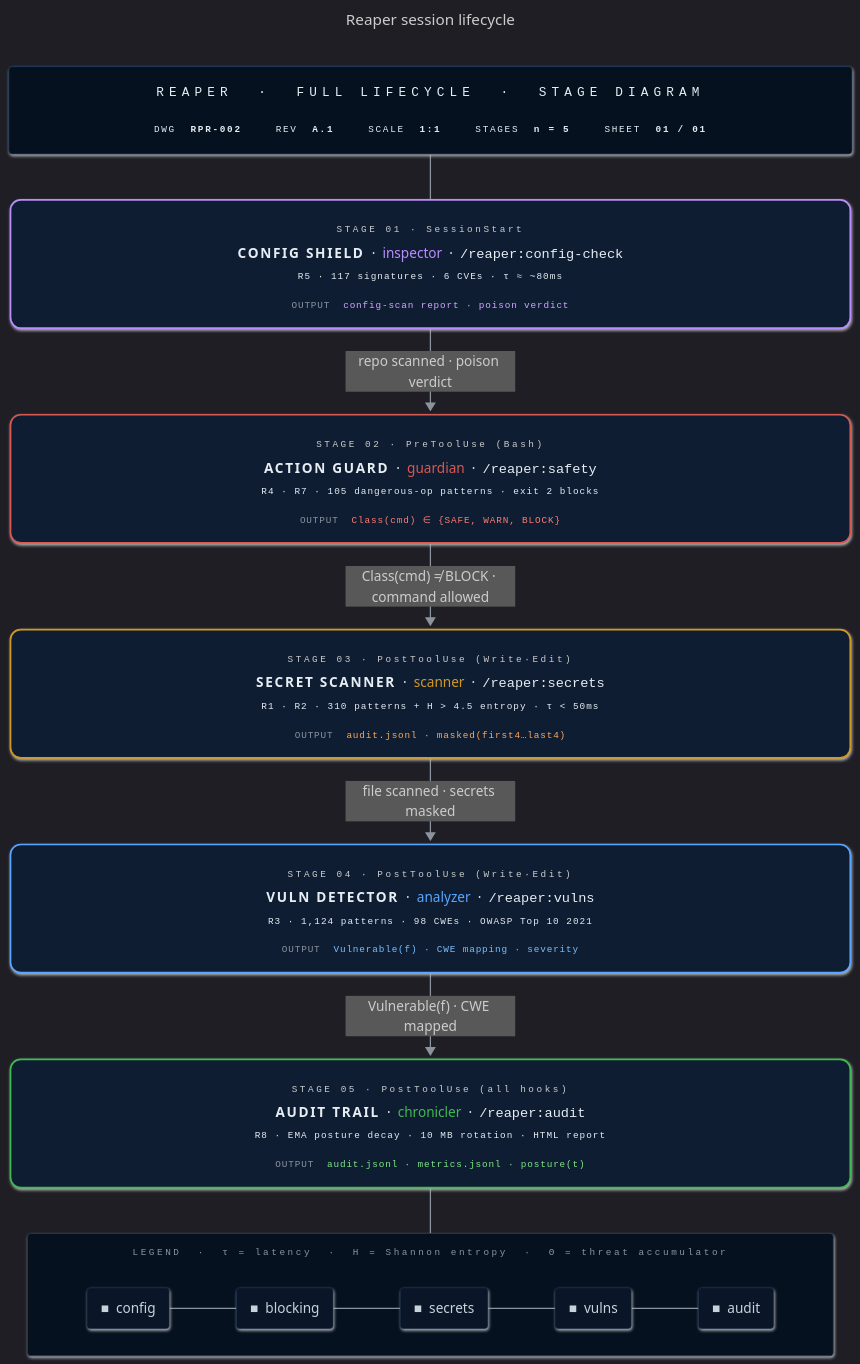
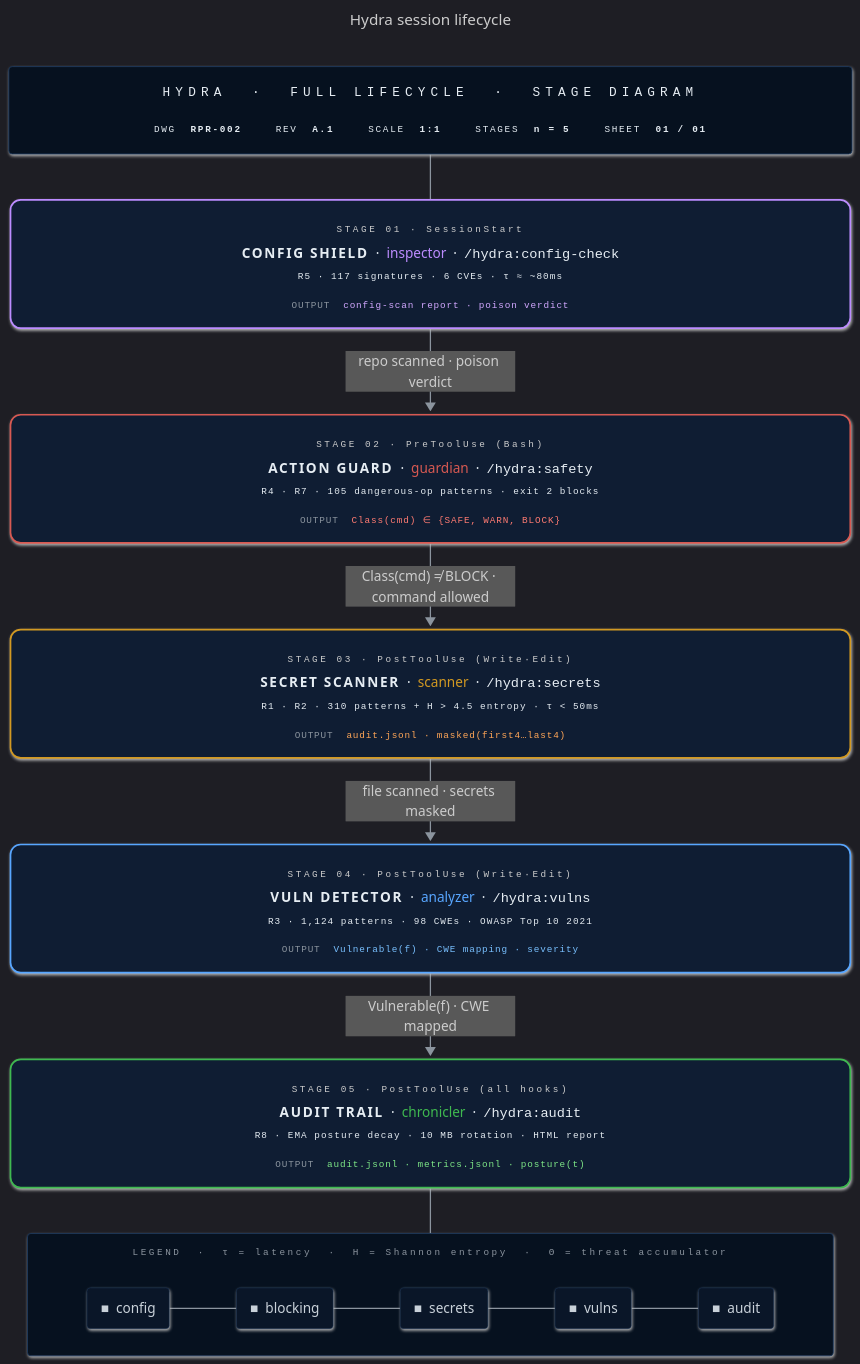
One commit to enchanter-ai/hydra changed the diagram in docs/assets/lifecycle.mmd. Above: the diagram before and after it, drawn with Mermaid. The commit also changed 110 other files, not shown here.

First line of the commit message:
rename: Reaper → Hydra, standardize origin format

```diff
--- a/docs/assets/lifecycle.mmd
+++ b/docs/assets/lifecycle.mmd
@@ -1,55 +1,55 @@
 ---
-title: Reaper session lifecycle
+title: Hydra session lifecycle
 config:
   look: neo
   theme: dark
   flowchart:
     curve: basis
     padding: 18
     nodeSpacing: 44
     rankSpacing: 54
     htmlLabels: true
     subGraphTitleMargin:
       top: 14
       bottom: 18
 ---
 flowchart TB
-    TitleBlock["<div style='font-family:ui-monospace,SFMono-Regular,Consolas,monospace;text-align:center;min-width:940px;padding:6px 10px;line-height:1.8'><div style='color:#58a6ff;font-size:15px;letter-spacing:6px;border-bottom:1px solid #1e3a5f;padding-bottom:10px;margin-bottom:10px'>REAPER &nbsp;·&nbsp; FULL&nbsp;LIFECYCLE &nbsp;·&nbsp; STAGE&nbsp;DIAGRAM</div><div style='display:flex;gap:40px;justify-content:center;font-size:11px;color:#8b949e;letter-spacing:2px'><span>DWG&nbsp;&nbsp;<b style='color:#e6edf3'>RPR-002</b></span><span>REV&nbsp;&nbsp;<b style='color:#e6edf3'>A.1</b></span><span>SCALE&nbsp;&nbsp;<b style='color:#e6edf3'>1:1</b></span><span>STAGES&nbsp;&nbsp;<b style='color:#e6edf3'>n&nbsp;=&nbsp;5</b></span><span>SHEET&nbsp;&nbsp;<b style='color:#e6edf3'>01&nbsp;/&nbsp;01</b></span></div></div>"]
+    TitleBlock["<div style='font-family:ui-monospace,SFMono-Regular,Consolas,monospace;text-align:center;min-width:940px;padding:6px 10px;line-height:1.8'><div style='color:#58a6ff;font-size:15px;letter-spacing:6px;border-bottom:1px solid #1e3a5f;padding-bottom:10px;margin-bottom:10px'>HYDRA &nbsp;·&nbsp; FULL&nbsp;LIFECYCLE &nbsp;·&nbsp; STAGE&nbsp;DIAGRAM</div><div style='display:flex;gap:40px;justify-content:center;font-size:11px;color:#8b949e;letter-spacing:2px'><span>DWG&nbsp;&nbsp;<b style='color:#e6edf3'>RPR-002</b></span><span>REV&nbsp;&nbsp;<b style='color:#e6edf3'>A.1</b></span><span>SCALE&nbsp;&nbsp;<b style='color:#e6edf3'>1:1</b></span><span>STAGES&nbsp;&nbsp;<b style='color:#e6edf3'>n&nbsp;=&nbsp;5</b></span><span>SHEET&nbsp;&nbsp;<b style='color:#e6edf3'>01&nbsp;/&nbsp;01</b></span></div></div>"]
 
-    A["<div style='text-align:center;min-width:940px;line-height:2;padding:4px 8px'><div><span style='font-family:ui-monospace,monospace;color:#8b949e;font-size:11px;letter-spacing:3px'>STAGE&nbsp;01&nbsp;·&nbsp;SessionStart</span></div><div style='line-height:1.8'><b style='letter-spacing:2px'>CONFIG&nbsp;SHIELD</b>&nbsp;&nbsp;·&nbsp;&nbsp;<span style='color:#bc8cff'>inspector</span>&nbsp;&nbsp;·&nbsp;&nbsp;<code style='color:#e6edf3'>/reaper:config-check</code></div><div style='color:#6e7681;font-size:11px;font-family:ui-monospace,monospace;letter-spacing:1.2px'>R5&nbsp;·&nbsp;117&nbsp;signatures&nbsp;·&nbsp;6&nbsp;CVEs&nbsp;·&nbsp;τ&nbsp;≈&nbsp;~80ms</div><div style='border-top:1px solid #1e3a5f;margin-top:6px;padding-top:6px;font-family:ui-monospace,monospace;font-size:11px;letter-spacing:1px'><span style='color:#8b949e'>OUTPUT</span>&nbsp;&nbsp;<span style='color:#d2a8ff'>config-scan report · poison verdict</span></div></div>"]
+    A["<div style='text-align:center;min-width:940px;line-height:2;padding:4px 8px'><div><span style='font-family:ui-monospace,monospace;color:#8b949e;font-size:11px;letter-spacing:3px'>STAGE&nbsp;01&nbsp;·&nbsp;SessionStart</span></div><div style='line-height:1.8'><b style='letter-spacing:2px'>CONFIG&nbsp;SHIELD</b>&nbsp;&nbsp;·&nbsp;&nbsp;<span style='color:#bc8cff'>inspector</span>&nbsp;&nbsp;·&nbsp;&nbsp;<code style='color:#e6edf3'>/hydra:config-check</code></div><div style='color:#6e7681;font-size:11px;font-family:ui-monospace,monospace;letter-spacing:1.2px'>R5&nbsp;·&nbsp;117&nbsp;signatures&nbsp;·&nbsp;6&nbsp;CVEs&nbsp;·&nbsp;τ&nbsp;≈&nbsp;~80ms</div><div style='border-top:1px solid #1e3a5f;margin-top:6px;padding-top:6px;font-family:ui-monospace,monospace;font-size:11px;letter-spacing:1px'><span style='color:#8b949e'>OUTPUT</span>&nbsp;&nbsp;<span style='color:#d2a8ff'>config-scan report · poison verdict</span></div></div>"]
 
-    B["<div style='text-align:center;min-width:940px;line-height:2;padding:4px 8px'><div><span style='font-family:ui-monospace,monospace;color:#8b949e;font-size:11px;letter-spacing:3px'>STAGE&nbsp;02&nbsp;·&nbsp;PreToolUse&nbsp;(Bash)</span></div><div style='line-height:1.8'><b style='letter-spacing:2px'>ACTION&nbsp;GUARD</b>&nbsp;&nbsp;·&nbsp;&nbsp;<span style='color:#d75952'>guardian</span>&nbsp;&nbsp;·&nbsp;&nbsp;<code style='color:#e6edf3'>/reaper:safety</code></div><div style='color:#6e7681;font-size:11px;font-family:ui-monospace,monospace;letter-spacing:1.2px'>R4 · R7&nbsp;·&nbsp;105&nbsp;dangerous-op&nbsp;patterns&nbsp;·&nbsp;exit&nbsp;2&nbsp;blocks</div><div style='border-top:1px solid #1e3a5f;margin-top:6px;padding-top:6px;font-family:ui-monospace,monospace;font-size:11px;letter-spacing:1px'><span style='color:#8b949e'>OUTPUT</span>&nbsp;&nbsp;<span style='color:#ff7b72'>Class(cmd) ∈ {SAFE, WARN, BLOCK}</span></div></div>"]
+    B["<div style='text-align:center;min-width:940px;line-height:2;padding:4px 8px'><div><span style='font-family:ui-monospace,monospace;color:#8b949e;font-size:11px;letter-spacing:3px'>STAGE&nbsp;02&nbsp;·&nbsp;PreToolUse&nbsp;(Bash)</span></div><div style='line-height:1.8'><b style='letter-spacing:2px'>ACTION&nbsp;GUARD</b>&nbsp;&nbsp;·&nbsp;&nbsp;<span style='color:#d75952'>guardian</span>&nbsp;&nbsp;·&nbsp;&nbsp;<code style='color:#e6edf3'>/hydra:safety</code></div><div style='color:#6e7681;font-size:11px;font-family:ui-monospace,monospace;letter-spacing:1.2px'>R4 · R7&nbsp;·&nbsp;105&nbsp;dangerous-op&nbsp;patterns&nbsp;·&nbsp;exit&nbsp;2&nbsp;blocks</div><div style='border-top:1px solid #1e3a5f;margin-top:6px;padding-top:6px;font-family:ui-monospace,monospace;font-size:11px;letter-spacing:1px'><span style='color:#8b949e'>OUTPUT</span>&nbsp;&nbsp;<span style='color:#ff7b72'>Class(cmd) ∈ {SAFE, WARN, BLOCK}</span></div></div>"]
 
-    C["<div style='text-align:center;min-width:940px;line-height:2;padding:4px 8px'><div><span style='font-family:ui-monospace,monospace;color:#8b949e;font-size:11px;letter-spacing:3px'>STAGE&nbsp;03&nbsp;·&nbsp;PostToolUse&nbsp;(Write·Edit)</span></div><div style='line-height:1.8'><b style='letter-spacing:2px'>SECRET&nbsp;SCANNER</b>&nbsp;&nbsp;·&nbsp;&nbsp;<span style='color:#d29922'>scanner</span>&nbsp;&nbsp;·&nbsp;&nbsp;<code style='color:#e6edf3'>/reaper:secrets</code></div><div style='color:#6e7681;font-size:11px;font-family:ui-monospace,monospace;letter-spacing:1.2px'>R1 · R2&nbsp;·&nbsp;310&nbsp;patterns&nbsp;+&nbsp;H&nbsp;&gt;&nbsp;4.5&nbsp;entropy&nbsp;·&nbsp;τ&nbsp;&lt;&nbsp;50ms</div><div style='border-top:1px solid #1e3a5f;margin-top:6px;padding-top:6px;font-family:ui-monospace,monospace;font-size:11px;letter-spacing:1px'><span style='color:#8b949e'>OUTPUT</span>&nbsp;&nbsp;<span style='color:#ffa657'>audit.jsonl · masked(first4…last4)</span></div></div>"]
+    C["<div style='text-align:center;min-width:940px;line-height:2;padding:4px 8px'><div><span style='font-family:ui-monospace,monospace;color:#8b949e;font-size:11px;letter-spacing:3px'>STAGE&nbsp;03&nbsp;·&nbsp;PostToolUse&nbsp;(Write·Edit)</span></div><div style='line-height:1.8'><b style='letter-spacing:2px'>SECRET&nbsp;SCANNER</b>&nbsp;&nbsp;·&nbsp;&nbsp;<span style='color:#d29922'>scanner</span>&nbsp;&nbsp;·&nbsp;&nbsp;<code style='color:#e6edf3'>/hydra:secrets</code></div><div style='color:#6e7681;font-size:11px;font-family:ui-monospace,monospace;letter-spacing:1.2px'>R1 · R2&nbsp;·&nbsp;310&nbsp;patterns&nbsp;+&nbsp;H&nbsp;&gt;&nbsp;4.5&nbsp;entropy&nbsp;·&nbsp;τ&nbsp;&lt;&nbsp;50ms</div><div style='border-top:1px solid #1e3a5f;margin-top:6px;padding-top:6px;font-family:ui-monospace,monospace;font-size:11px;letter-spacing:1px'><span style='color:#8b949e'>OUTPUT</span>&nbsp;&nbsp;<span style='color:#ffa657'>audit.jsonl · masked(first4…last4)</span></div></div>"]
 
-    D["<div style='text-align:center;min-width:940px;line-height:2;padding:4px 8px'><div><span style='font-family:ui-monospace,monospace;color:#8b949e;font-size:11px;letter-spacing:3px'>STAGE&nbsp;04&nbsp;·&nbsp;PostToolUse&nbsp;(Write·Edit)</span></div><div style='line-height:1.8'><b style='letter-spacing:2px'>VULN&nbsp;DETECTOR</b>&nbsp;&nbsp;·&nbsp;&nbsp;<span style='color:#58a6ff'>analyzer</span>&nbsp;&nbsp;·&nbsp;&nbsp;<code style='color:#e6edf3'>/reaper:vulns</code></div><div style='color:#6e7681;font-size:11px;font-family:ui-monospace,monospace;letter-spacing:1.2px'>R3&nbsp;·&nbsp;1,124&nbsp;patterns&nbsp;·&nbsp;98&nbsp;CWEs&nbsp;·&nbsp;OWASP&nbsp;Top&nbsp;10&nbsp;2021</div><div style='border-top:1px solid #1e3a5f;margin-top:6px;padding-top:6px;font-family:ui-monospace,monospace;font-size:11px;letter-spacing:1px'><span style='color:#8b949e'>OUTPUT</span>&nbsp;&nbsp;<span style='color:#79c0ff'>Vulnerable(f) · CWE mapping · severity</span></div></div>"]
+    D["<div style='text-align:center;min-width:940px;line-height:2;padding:4px 8px'><div><span style='font-family:ui-monospace,monospace;color:#8b949e;font-size:11px;letter-spacing:3px'>STAGE&nbsp;04&nbsp;·&nbsp;PostToolUse&nbsp;(Write·Edit)</span></div><div style='line-height:1.8'><b style='letter-spacing:2px'>VULN&nbsp;DETECTOR</b>&nbsp;&nbsp;·&nbsp;&nbsp;<span style='color:#58a6ff'>analyzer</span>&nbsp;&nbsp;·&nbsp;&nbsp;<code style='color:#e6edf3'>/hydra:vulns</code></div><div style='color:#6e7681;font-size:11px;font-family:ui-monospace,monospace;letter-spacing:1.2px'>R3&nbsp;·&nbsp;1,124&nbsp;patterns&nbsp;·&nbsp;98&nbsp;CWEs&nbsp;·&nbsp;OWASP&nbsp;Top&nbsp;10&nbsp;2021</div><div style='border-top:1px solid #1e3a5f;margin-top:6px;padding-top:6px;font-family:ui-monospace,monospace;font-size:11px;letter-spacing:1px'><span style='color:#8b949e'>OUTPUT</span>&nbsp;&nbsp;<span style='color:#79c0ff'>Vulnerable(f) · CWE mapping · severity</span></div></div>"]
 
-    E["<div style='text-align:center;min-width:940px;line-height:2;padding:4px 8px'><div><span style='font-family:ui-monospace,monospace;color:#8b949e;font-size:11px;letter-spacing:3px'>STAGE&nbsp;05&nbsp;·&nbsp;PostToolUse&nbsp;(all&nbsp;hooks)</span></div><div style='line-height:1.8'><b style='letter-spacing:2px'>AUDIT&nbsp;TRAIL</b>&nbsp;&nbsp;·&nbsp;&nbsp;<span style='color:#3fb950'>chronicler</span>&nbsp;&nbsp;·&nbsp;&nbsp;<code style='color:#e6edf3'>/reaper:audit</code></div><div style='color:#6e7681;font-size:11px;font-family:ui-monospace,monospace;letter-spacing:1.2px'>R8&nbsp;·&nbsp;EMA&nbsp;posture&nbsp;decay&nbsp;·&nbsp;10&nbsp;MB&nbsp;rotation&nbsp;·&nbsp;HTML&nbsp;report</div><div style='border-top:1px solid #1e3a5f;margin-top:6px;padding-top:6px;font-family:ui-monospace,monospace;font-size:11px;letter-spacing:1px'><span style='color:#8b949e'>OUTPUT</span>&nbsp;&nbsp;<span style='color:#7ee787'>audit.jsonl · metrics.jsonl · posture(t)</span></div></div>"]
+    E["<div style='text-align:center;min-width:940px;line-height:2;padding:4px 8px'><div><span style='font-family:ui-monospace,monospace;color:#8b949e;font-size:11px;letter-spacing:3px'>STAGE&nbsp;05&nbsp;·&nbsp;PostToolUse&nbsp;(all&nbsp;hooks)</span></div><div style='line-height:1.8'><b style='letter-spacing:2px'>AUDIT&nbsp;TRAIL</b>&nbsp;&nbsp;·&nbsp;&nbsp;<span style='color:#3fb950'>chronicler</span>&nbsp;&nbsp;·&nbsp;&nbsp;<code style='color:#e6edf3'>/hydra:audit</code></div><div style='color:#6e7681;font-size:11px;font-family:ui-monospace,monospace;letter-spacing:1.2px'>R8&nbsp;·&nbsp;EMA&nbsp;posture&nbsp;decay&nbsp;·&nbsp;10&nbsp;MB&nbsp;rotation&nbsp;·&nbsp;HTML&nbsp;report</div><div style='border-top:1px solid #1e3a5f;margin-top:6px;padding-top:6px;font-family:ui-monospace,monospace;font-size:11px;letter-spacing:1px'><span style='color:#8b949e'>OUTPUT</span>&nbsp;&nbsp;<span style='color:#7ee787'>audit.jsonl · metrics.jsonl · posture(t)</span></div></div>"]
 
     subgraph Legend["<div style='font-family:ui-monospace,monospace;color:#8b949e;font-size:11px;letter-spacing:3px;min-width:940px;text-align:center'>LEGEND&nbsp;&nbsp;·&nbsp;&nbsp;τ&nbsp;=&nbsp;latency&nbsp;&nbsp;·&nbsp;&nbsp;H&nbsp;=&nbsp;Shannon&nbsp;entropy&nbsp;&nbsp;·&nbsp;&nbsp;Θ&nbsp;=&nbsp;threat&nbsp;accumulator</div>"]
         direction LR
         lg1["<span style='color:#bc8cff'>■</span>&nbsp;&nbsp;config"] --- lg2["<span style='color:#d75952'>■</span>&nbsp;&nbsp;blocking"] --- lg3["<span style='color:#d29922'>■</span>&nbsp;&nbsp;secrets"] --- lg4["<span style='color:#58a6ff'>■</span>&nbsp;&nbsp;vulns"] --- lg5["<span style='color:#3fb950'>■</span>&nbsp;&nbsp;audit"]
     end
 
     TitleBlock ~~~ A
     A ==>|"repo scanned · poison verdict"| B
     B ==>|"Class(cmd) ≠ BLOCK · command allowed"| C
     C ==>|"file scanned · secrets masked"| D
     D ==>|"Vulnerable(f) · CWE mapped"| E
     E ~~~ Legend
 
     classDef titleBlock fill:#06111f,stroke:#1e3a5f,stroke-width:1px,color:#e6edf3,rx:4,ry:4
     classDef legend fill:#06111f,stroke:#1e3a5f,stroke-width:1px,color:#8b949e,rx:4,ry:4
     classDef legendItem fill:#0a1628,stroke:#1e3a5f,stroke-width:0.5px,color:#c9d1d9,rx:4,ry:4
 
     class TitleBlock titleBlock
     class Legend legend
     class lg1,lg2,lg3,lg4,lg5 legendItem
 
     style A fill:#0f1d33,stroke:#bc8cff,stroke-width:2px,color:#e6edf3,rx:12,ry:12
     style B fill:#0f1d33,stroke:#d75952,stroke-width:2px,color:#e6edf3,rx:12,ry:12
     style C fill:#0f1d33,stroke:#d29922,stroke-width:2px,color:#e6edf3,rx:12,ry:12
     style D fill:#0f1d33,stroke:#58a6ff,stroke-width:2px,color:#e6edf3,rx:12,ry:12
     style E fill:#0f1d33,stroke:#3fb950,stroke-width:2px,color:#e6edf3,rx:12,ry:12
 
     linkStyle default stroke:#8b949e,stroke-width:1.5px
```
